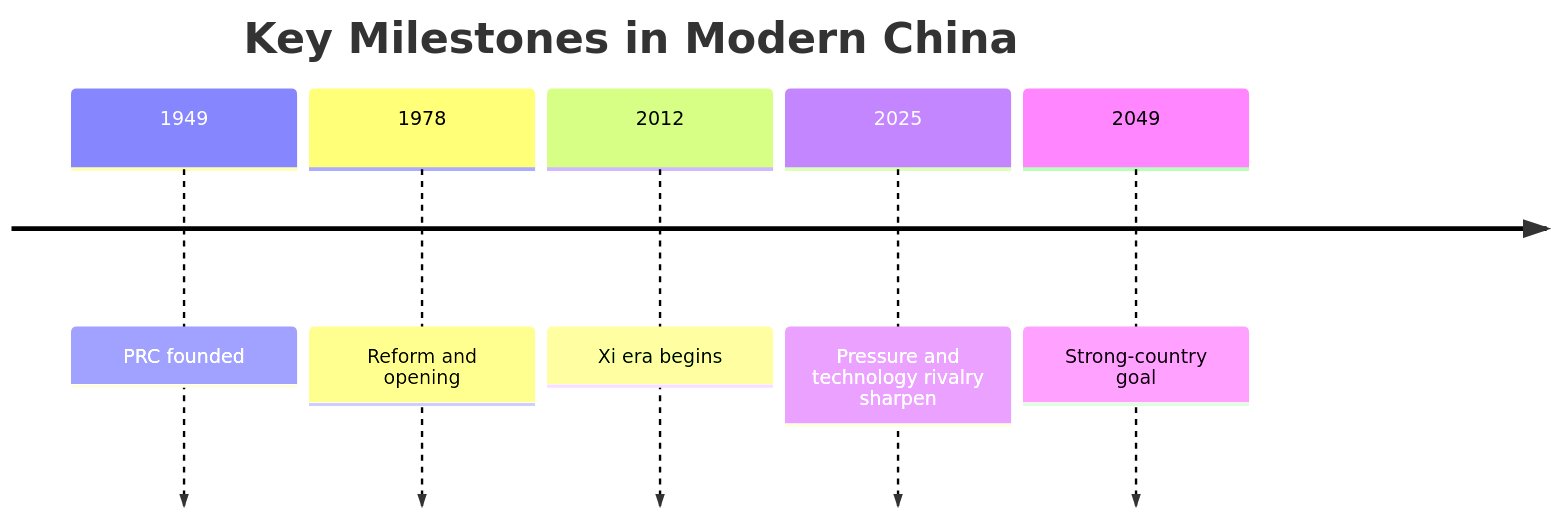
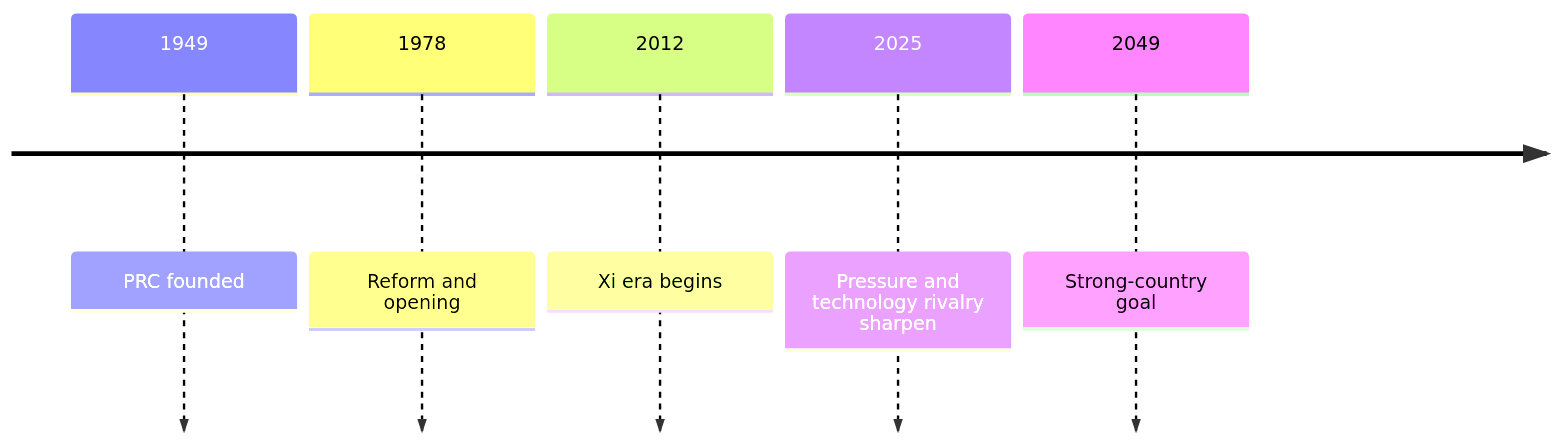
Before and after one commit to daylight55/research: the second of 4 diagrams in articles/report/china-geopolitical-profile/en/index.mdx, drawn with Mermaid. The commit also changed other lines of this file and 181 other files, not shown here.

First line of the commit message:
全記事の図解368点を再生成し、共通注意書きを削除 (#402)

````diff
--- a/articles/report/china-geopolitical-profile/en/index.mdx
+++ b/articles/report/china-geopolitical-profile/en/index.mdx
@@ -49,9 +57,12 @@
 ```mermaid
 timeline
-  title Key Milestones in Modern China
+  accTitle: China's political formation and declared future goals
+  accDescr: Separate historical events from the declared future goal for 2049.
+  accTitle: China's political formation and declared future goals
+  accDescr: Separate historical events from the declared future goal for 2049.
   1949 : PRC founded
   1978 : Reform and opening
   2012 : Xi era begins
   2025 : Pressure and technology rivalry sharpen
   2049 : Strong-country goal
 ```
````
